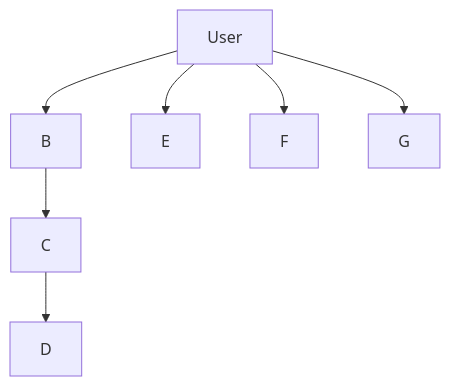
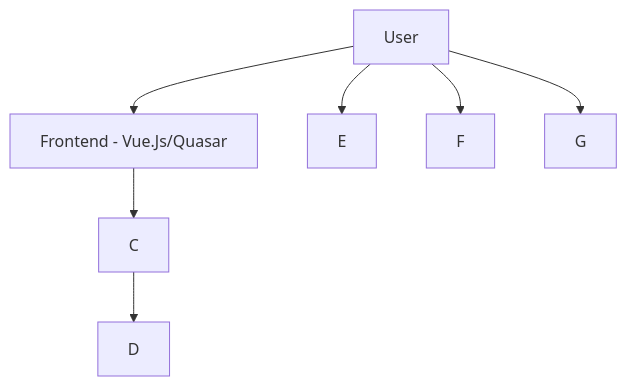
Before and after one commit to Jonathanngamboe/g-09-gpteam: the diagram in readme.md, drawn with Mermaid.

Commit message:
Readme Architecture

````diff
--- a/readme.md
+++ b/readme.md
@@ -14,9 +14,9 @@
 ```mermaid
 graph TD;
-    A[User] --> B;
+    A[User] --> B[Frontend - Vue.Js/Quasar];
     B --> C;
     C --> D;
     A --> E;
     A --> F;
     A --> G;
 ```
````
